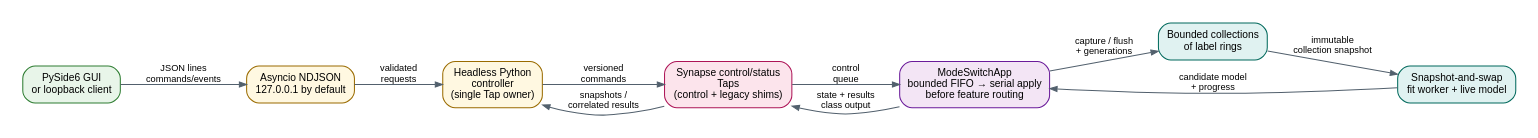
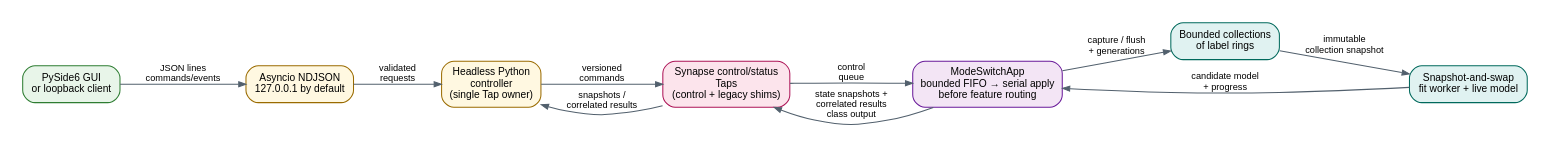
The diagram in apps/broadband-mode-switch/docs/gui-control-architecture.dot (Neuro-Mechatronics-Interfaces/ScienceXYZ), drawn with Graphviz before and after one commit. The commit also changed 8 other files, not shown here.

```diff
--- a/apps/broadband-mode-switch/docs/gui-control-architecture.dot
+++ b/apps/broadband-mode-switch/docs/gui-control-architecture.dot
@@ -1,23 +1,23 @@
 digraph broadband_gui_control {
   graph [rankdir=LR, bgcolor="white", pad="0.2", nodesep="0.35", ranksep="0.65"];
   node [shape=box, style="rounded,filled", fillcolor="#eef4ff", color="#315a9b", fontname="Arial", fontsize=10, margin="0.12,0.08"];
   edge [color="#52606d", arrowsize=0.7, fontname="Arial", fontsize=9];
 
   client [label="PySide6 GUI\nor loopback client", fillcolor="#e8f5e9", color="#2e7d32"];
   socket [label="Asyncio NDJSON\n127.0.0.1 by default", fillcolor="#fff8e1", color="#9a6b00"];
   controller [label="Headless Python\ncontroller\n(single Tap owner)", fillcolor="#fff8e1", color="#9a6b00"];
   taps [label="Synapse control/status\nTaps\n(control + legacy shims)", fillcolor="#fce4ec", color="#ad1457"];
   app [label="ModeSwitchApp\nbounded FIFO → serial apply\nbefore feature routing", fillcolor="#f3e5f5", color="#6a1b9a"];
   buffers [label="Bounded collections\nof label rings", fillcolor="#e0f2f1", color="#00695c"];
   fit [label="Snapshot-and-swap\nfit worker + live model", fillcolor="#e0f2f1", color="#00695c"];
 
   client -> socket [label="JSON lines\ncommands/events"];
   socket -> controller [label="validated\nrequests"];
   controller -> taps [label="versioned\ncommands"];
   taps -> app [label="control\nqueue"];
   app -> buffers [label="capture / flush\n+ generations"];
   buffers -> fit [label="immutable\ncollection snapshot"];
   fit -> app [label="candidate model\n+ progress"];
-  app -> taps [label="state + results\nclass output"];
+  app -> taps [label="state snapshots +\ncorrelated results\nclass output"];
   taps -> controller [label="snapshots /\ncorrelated results"];
 }
```
